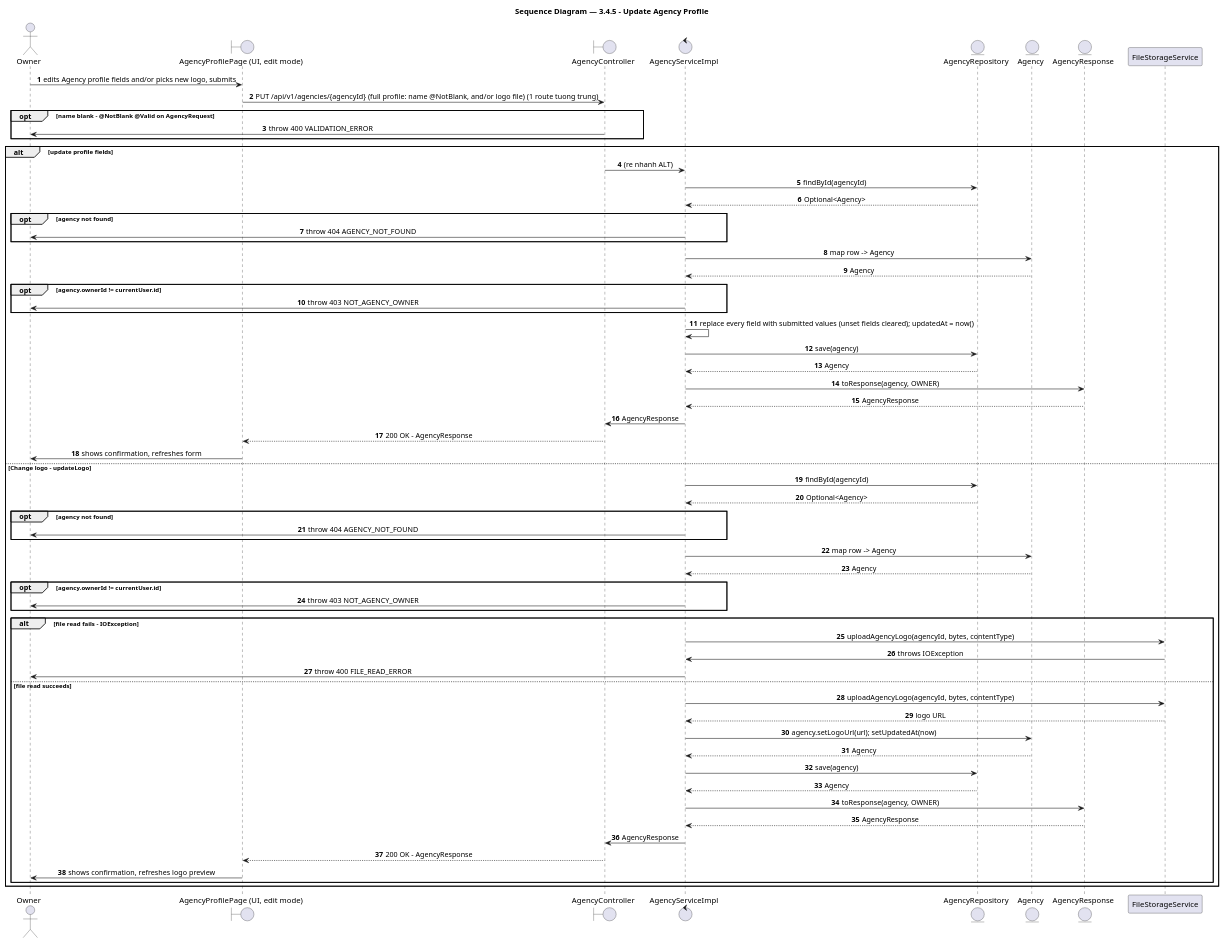
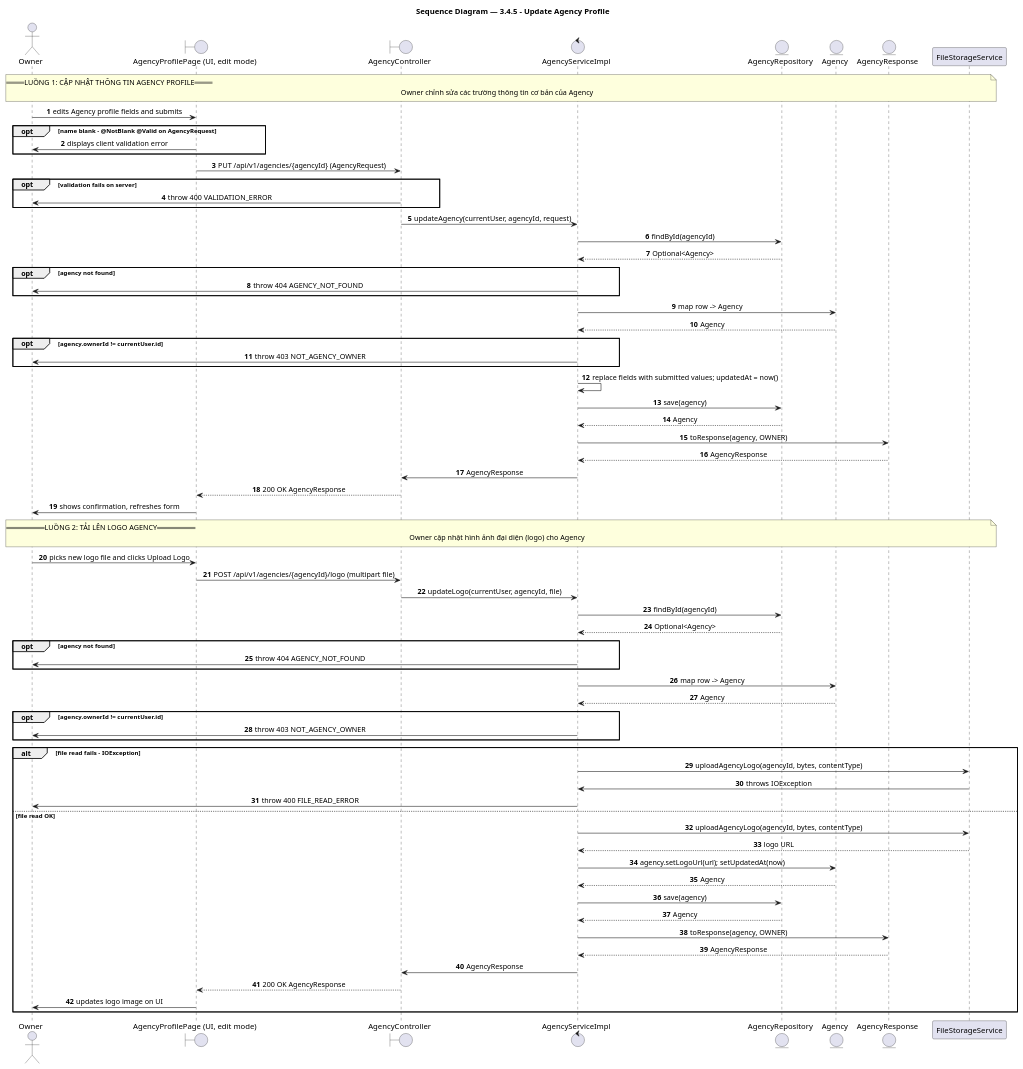
Before and after one commit to BrandHubOrganization/brandhub-infrastructure: the diagram in docs/feature/agency-workspace/3-4-5-update-agency-profile/report4_sequence.puml, drawn with PlantUML. The commit also changed 21 other files, not shown here.

Commit message:
docs: add sequence diagrams and documentation for agency workspace and profile features

```diff
--- a/docs/feature/agency-workspace/3-4-5-update-agency-profile/report4_sequence.puml
+++ b/docs/feature/agency-workspace/3-4-5-update-agency-profile/report4_sequence.puml
@@ -1,76 +1,85 @@
 @startuml 3.4.5 - Update Agency Profile
 title Sequence Diagram — 3.4.5 - Update Agency Profile
 
 autonumber
 skinparam shadowing false
 skinparam sequenceMessageAlign center
 skinparam BoxPadding 10
 skinparam ParticipantPadding 10
 
 ' === Participants ===
 actor "Owner" as owner
 boundary "AgencyProfilePage (UI, edit mode)" as agencyprofilepage_ui_edit_mode
 boundary "AgencyController" as agencycontroller
 control "AgencyServiceImpl" as agencyserviceimpl
 entity "AgencyRepository" as agencyrepository
 entity "Agency" as agency
 entity "AgencyResponse" as agencyresponse
 participant "FileStorageService" as filestorageservice
 
-' === Flow ===
-owner -> agencyprofilepage_ui_edit_mode: edits Agency profile fields and/or picks new logo, submits
-agencyprofilepage_ui_edit_mode -> agencycontroller: PUT /api/v1/agencies/{agencyId} (full profile: name @NotBlank, and/or logo file)  (1 route tuong trung)
+' === Flow 1 ===
+note over owner, filestorageservice : == LUỒNG 1: CẬP NHẬT THÔNG TIN AGENCY PROFILE ==\nOwner chỉnh sửa các trường thông tin cơ bản của Agency
+
+owner -> agencyprofilepage_ui_edit_mode: edits Agency profile fields and submits
 opt name blank - @NotBlank @Valid on AgencyRequest
+  agencyprofilepage_ui_edit_mode -> owner: displays client validation error
+end
+agencyprofilepage_ui_edit_mode -> agencycontroller: PUT /api/v1/agencies/{agencyId} (AgencyRequest)
+opt validation fails on server
   agencycontroller -> owner: throw 400 VALIDATION_ERROR
 end
-alt update profile fields
-  agencycontroller -> agencyserviceimpl: (re nhanh ALT)
-  agencyserviceimpl -> agencyrepository: findById(agencyId)
-  agencyrepository --> agencyserviceimpl: Optional<Agency>
-  opt agency not found
-    agencyserviceimpl -> owner: throw 404 AGENCY_NOT_FOUND
-  end
-  agencyserviceimpl -> agency: map row -> Agency
+agencycontroller -> agencyserviceimpl: updateAgency(currentUser, agencyId, request)
+agencyserviceimpl -> agencyrepository: findById(agencyId)
+agencyrepository --> agencyserviceimpl: Optional<Agency>
+opt agency not found
+  agencyserviceimpl -> owner: throw 404 AGENCY_NOT_FOUND
+end
+agencyserviceimpl -> agency: map row -> Agency
+agency --> agencyserviceimpl: Agency
+opt agency.ownerId != currentUser.id
+  agencyserviceimpl -> owner: throw 403 NOT_AGENCY_OWNER
+end
+agencyserviceimpl -> agencyserviceimpl: replace fields with submitted values; updatedAt = now()
+agencyserviceimpl -> agencyrepository: save(agency)
+agencyrepository --> agencyserviceimpl: Agency
+agencyserviceimpl -> agencyresponse: toResponse(agency, OWNER)
+agencyresponse --> agencyserviceimpl: AgencyResponse
+agencyserviceimpl -> agencycontroller: AgencyResponse
+agencycontroller --> agencyprofilepage_ui_edit_mode: 200 OK AgencyResponse
+agencyprofilepage_ui_edit_mode -> owner: shows confirmation, refreshes form
+
+' === Flow 2 ===
+note over owner, filestorageservice : == LUỒNG 2: TẢI LÊN LOGO AGENCY ==\nOwner cập nhật hình ảnh đại diện (logo) cho Agency
+
+owner -> agencyprofilepage_ui_edit_mode: picks new logo file and clicks Upload Logo
+agencyprofilepage_ui_edit_mode -> agencycontroller: POST /api/v1/agencies/{agencyId}/logo (multipart file)
+agencycontroller -> agencyserviceimpl: updateLogo(currentUser, agencyId, file)
+agencyserviceimpl -> agencyrepository: findById(agencyId)
+agencyrepository --> agencyserviceimpl: Optional<Agency>
+opt agency not found
+  agencyserviceimpl -> owner: throw 404 AGENCY_NOT_FOUND
+end
+agencyserviceimpl -> agency: map row -> Agency
+agency --> agencyserviceimpl: Agency
+opt agency.ownerId != currentUser.id
+  agencyserviceimpl -> owner: throw 403 NOT_AGENCY_OWNER
+end
+alt file read fails - IOException
+  agencyserviceimpl -> filestorageservice: uploadAgencyLogo(agencyId, bytes, contentType)
+  filestorageservice -> agencyserviceimpl: throws IOException
+  agencyserviceimpl -> owner: throw 400 FILE_READ_ERROR
+else file read OK
+  agencyserviceimpl -> filestorageservice: uploadAgencyLogo(agencyId, bytes, contentType)
+  filestorageservice --> agencyserviceimpl: logo URL
+  agencyserviceimpl -> agency: agency.setLogoUrl(url); setUpdatedAt(now)
   agency --> agencyserviceimpl: Agency
-  opt agency.ownerId != currentUser.id
-    agencyserviceimpl -> owner: throw 403 NOT_AGENCY_OWNER
-  end
-  agencyserviceimpl -> agencyserviceimpl: replace every field with submitted values (unset fields cleared); updatedAt = now()
   agencyserviceimpl -> agencyrepository: save(agency)
   agencyrepository --> agencyserviceimpl: Agency
   agencyserviceimpl -> agencyresponse: toResponse(agency, OWNER)
   agencyresponse --> agencyserviceimpl: AgencyResponse
   agencyserviceimpl -> agencycontroller: AgencyResponse
-  agencycontroller --> agencyprofilepage_ui_edit_mode: 200 OK - AgencyResponse
-  agencyprofilepage_ui_edit_mode -> owner: shows confirmation, refreshes form
-else Change logo - updateLogo
-  agencyserviceimpl -> agencyrepository: findById(agencyId)
-  agencyrepository --> agencyserviceimpl: Optional<Agency>
-  opt agency not found
-    agencyserviceimpl -> owner: throw 404 AGENCY_NOT_FOUND
-  end
-  agencyserviceimpl -> agency: map row -> Agency
-  agency --> agencyserviceimpl: Agency
-  opt agency.ownerId != currentUser.id
-    agencyserviceimpl -> owner: throw 403 NOT_AGENCY_OWNER
-  end
-  alt file read fails - IOException
-    agencyserviceimpl -> filestorageservice: uploadAgencyLogo(agencyId, bytes, contentType)
-    filestorageservice -> agencyserviceimpl: throws IOException
-    agencyserviceimpl -> owner: throw 400 FILE_READ_ERROR
-  else file read succeeds
-    agencyserviceimpl -> filestorageservice: uploadAgencyLogo(agencyId, bytes, contentType)
-    filestorageservice --> agencyserviceimpl: logo URL
-    agencyserviceimpl -> agency: agency.setLogoUrl(url); setUpdatedAt(now)
-    agency --> agencyserviceimpl: Agency
-    agencyserviceimpl -> agencyrepository: save(agency)
-    agencyrepository --> agencyserviceimpl: Agency
-    agencyserviceimpl -> agencyresponse: toResponse(agency, OWNER)
-    agencyresponse --> agencyserviceimpl: AgencyResponse
-    agencyserviceimpl -> agencycontroller: AgencyResponse
-    agencycontroller --> agencyprofilepage_ui_edit_mode: 200 OK - AgencyResponse
-    agencyprofilepage_ui_edit_mode -> owner: shows confirmation, refreshes logo preview
-  end
+  agencycontroller --> agencyprofilepage_ui_edit_mode: 200 OK AgencyResponse
+  agencyprofilepage_ui_edit_mode -> owner: updates logo image on UI
 end
 
 @enduml
```
